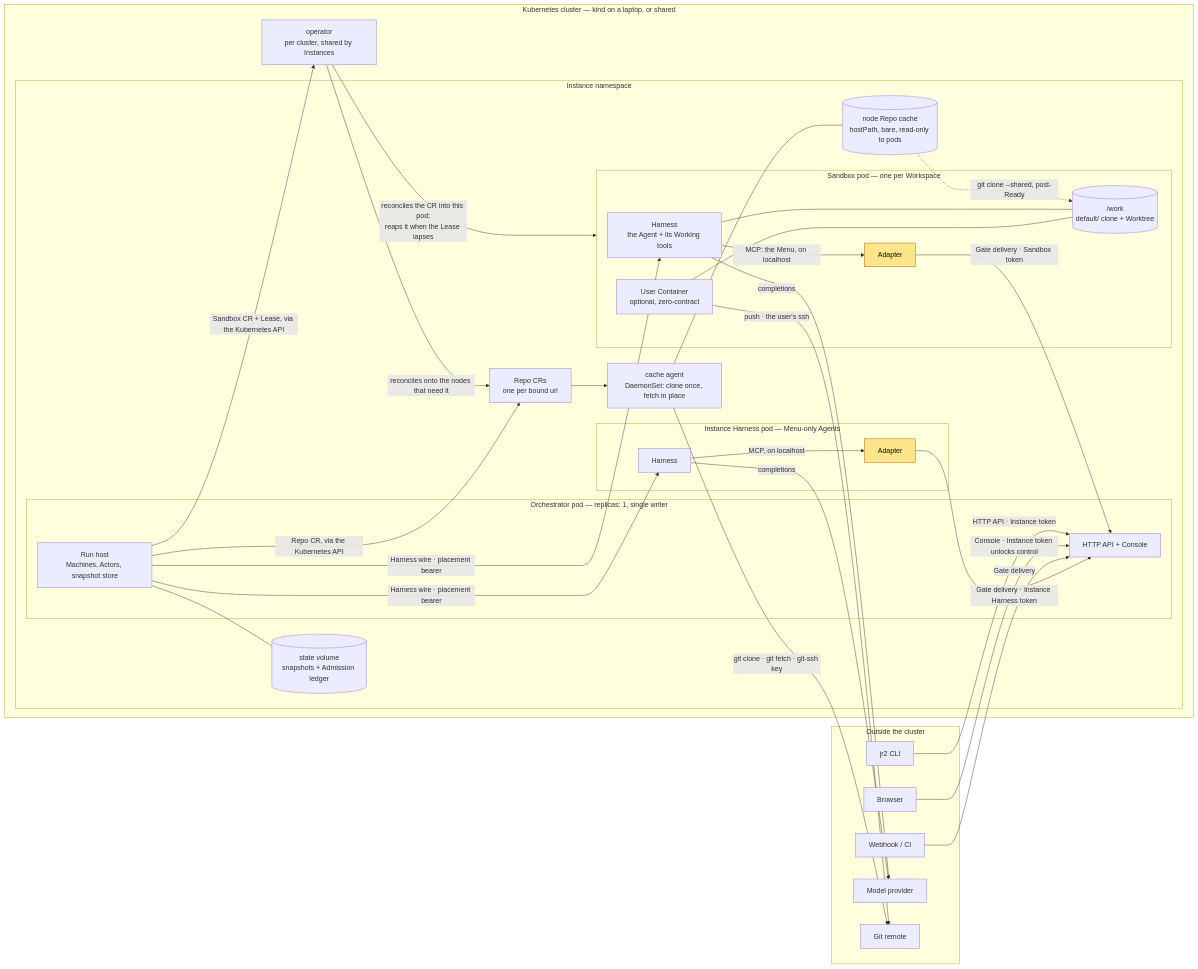
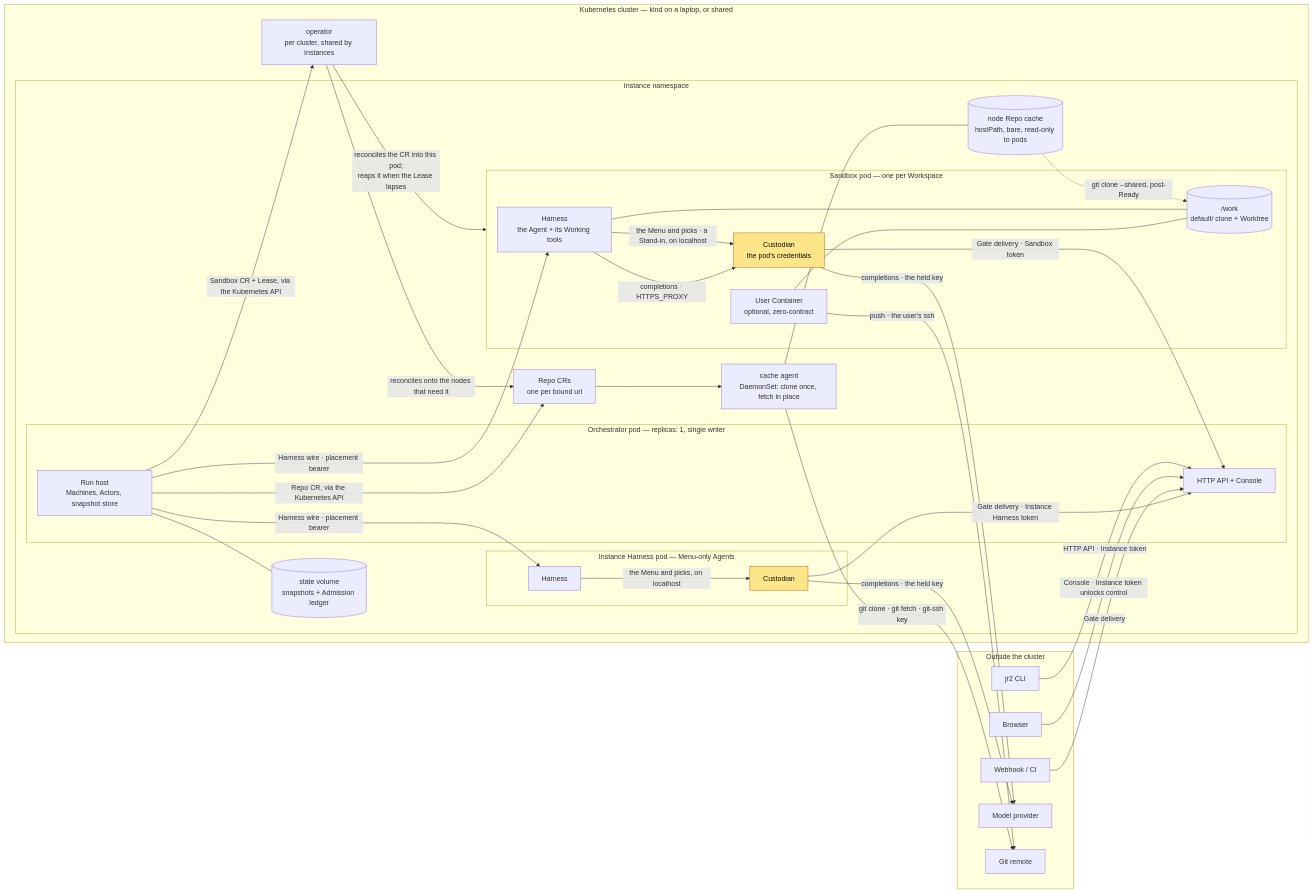
Before and after one commit to snapwich/jr2: the first of 4 diagrams in docs/architecture.md, drawn with Mermaid. The commit also changed other lines of this file and 42 other files, not shown here.

````diff
--- a/docs/architecture.md
+++ b/docs/architecture.md
@@ -31,64 +31,65 @@
 ```mermaid
 flowchart LR
   subgraph outside["Outside the cluster"]
     cli["jr2 CLI"]
     browser["Browser"]
     hook["Webhook / CI"]
     provider["Model provider"]
     remote["Git remote"]
   end
 
   subgraph cluster["Kubernetes cluster — kind on a laptop, or shared"]
     operator["operator<br/>per cluster, shared by Instances"]
 
     subgraph ns["Instance namespace"]
       subgraph orch["Orchestrator pod — replicas: 1, single writer"]
         api["HTTP API + Console"]
         host["Run host<br/>Machines, Actors, snapshot store"]
       end
       state[("state volume<br/>snapshots + Admission ledger")]
       repocr["Repo CRs<br/>one per bound url"]
       cagent["cache agent<br/>DaemonSet: clone once, fetch in place"]
       cache[("node Repo cache<br/>hostPath, bare, read-only to pods")]
 
       subgraph ih["Instance Harness pod — Menu-only Agents"]
         ihh["Harness"]
-        iha["Adapter"]
+        iha["Custodian"]
       end
 
       subgraph sb["Sandbox pod — one per Workspace"]
         harness["Harness<br/>the Agent + its Working tools"]
-        adapter["Adapter"]
+        custodian["Custodian<br/>the pod's credentials"]
         user["User Container<br/>optional, zero-contract"]
         work[("/work<br/>default/ clone + Worktree")]
       end
     end
   end
 
   cli -->|"HTTP API · Instance token"| api
   browser -->|"Console · Instance token unlocks control"| api
   hook -->|"Gate delivery"| api
   host -->|"Sandbox CR + Lease, via the Kubernetes API"| operator
   operator -->|"reconciles the CR into this pod;<br/>reaps it when the Lease lapses"| sb
   host -->|"Harness wire · placement bearer"| harness
   host -->|"Harness wire · placement bearer"| ihh
-  harness -->|"MCP: the Menu, on localhost"| adapter
-  adapter -->|"Gate delivery · Sandbox token"| api
-  ihh -->|"MCP, on localhost"| iha
+  harness -->|"the Menu and picks · a Stand-in, on localhost"| custodian
+  custodian -->|"Gate delivery · Sandbox token"| api
+  ihh -->|"the Menu and picks, on localhost"| iha
   iha -->|"Gate delivery · Instance Harness token"| api
-  harness -->|"completions"| provider
-  ihh -->|"completions"| provider
+  harness -->|"completions · HTTPS_PROXY"| custodian
+  custodian -->|"completions · the held key"| provider
+  iha -->|"completions · the held key"| provider
   host --- state
   host -->|"Repo CR, via the Kubernetes API"| repocr
   operator -->|"reconciles onto the nodes that need it"| repocr
   repocr --> cagent
   cagent -->|"git clone · git fetch · git-ssh key"| remote
   cagent --- cache
   cache -.->|"git clone --shared, post-Ready"| work
   harness --- work
   user --- work
   user -->|"push · the user's ssh"| remote
 
   classDef credential fill:#fde68a,stroke:#b45309,color:#111
-  class adapter,iha credential
+  class custodian,iha credential
 ```
````
